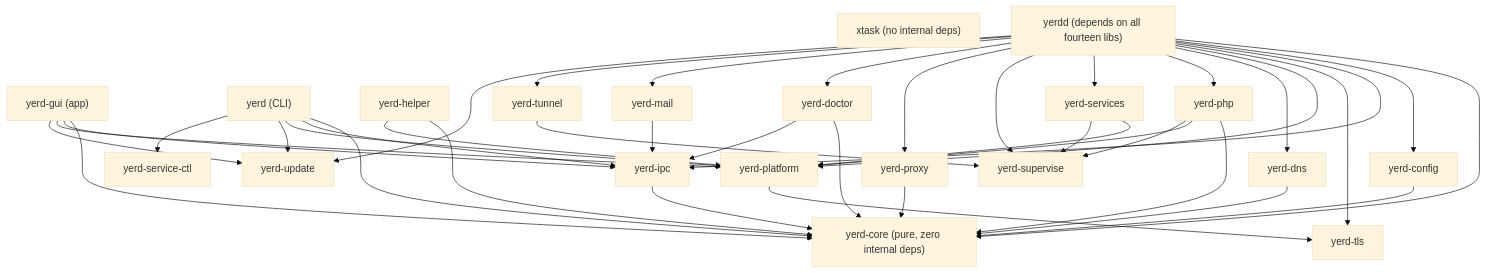
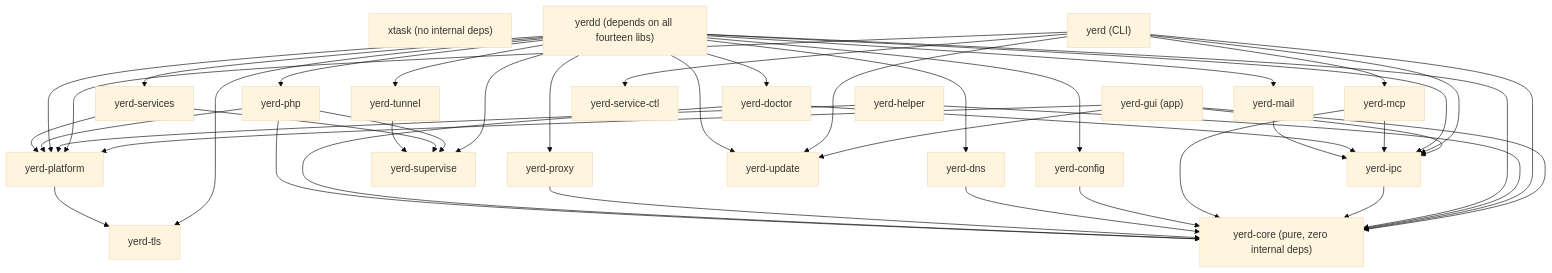
One commit to forjedio/yerd changed the diagram in docs/developer/crates.md. Above: the diagram before and after it, drawn with Mermaid (base theme). The commit also changed other lines of this file and 46 other files, not shown here.

````diff
--- a/docs/developer/crates.md
+++ b/docs/developer/crates.md
@@ -87,68 +88,72 @@
 ```mermaid
 flowchart TD
     gui["yerd-gui (app)"]
     xtask["xtask (no internal deps)"]
     yerd["yerd (CLI)"]
     yerdd["yerdd (depends on all fourteen libs)"]
     helper["yerd-helper"]
 
     ipc["yerd-ipc"]
     config["yerd-config"]
     dns["yerd-dns"]
     proxy["yerd-proxy"]
     php["yerd-php"]
     services["yerd-services"]
     supervise["yerd-supervise"]
     doctor["yerd-doctor"]
     tls["yerd-tls"]
     platform["yerd-platform"]
     mail["yerd-mail"]
+    mcp["yerd-mcp"]
     tunnel["yerd-tunnel"]
     update["yerd-update"]
     servicectl["yerd-service-ctl"]
     core["yerd-core (pure, zero internal deps)"]
 
     gui --> core
     gui --> ipc
     gui --> platform
     gui --> update
 
     yerd --> core
     yerd --> ipc
     yerd --> platform
     yerd --> update
     yerd --> servicectl
+    yerd --> mcp
 
     helper --> core
     helper --> platform
 
     yerdd --> core
     yerdd --> config
     yerdd --> ipc
     yerdd --> tls
     yerdd --> platform
     yerdd --> dns
     yerdd --> php
     yerdd --> services
     yerdd --> supervise
     yerdd --> proxy
     yerdd --> doctor
     yerdd --> mail
     yerdd --> tunnel
     yerdd --> update
 
     ipc --> core
+    mcp --> ipc
+    mcp --> core
     config --> core
     dns --> core
     proxy --> core
     doctor --> core
     doctor --> ipc
     mail --> ipc
     php --> core
     php --> platform
     php --> supervise
     services --> platform
     services --> supervise
     tunnel --> supervise
     platform --> tls
 ```
````
